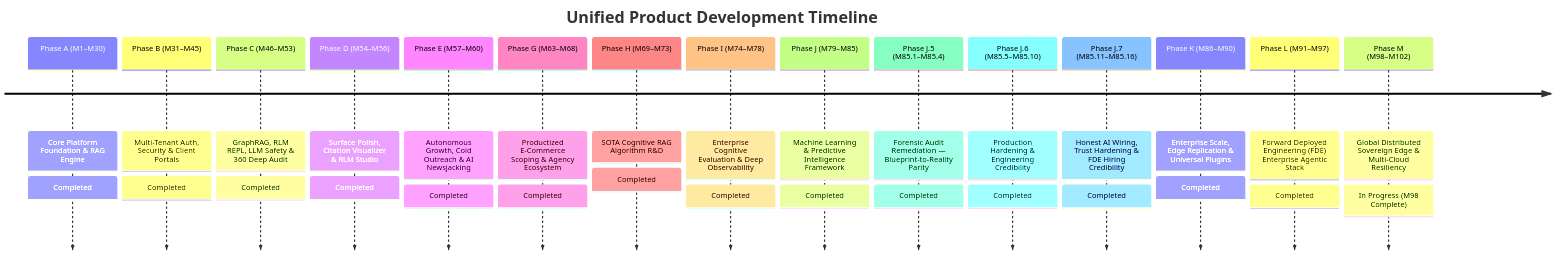
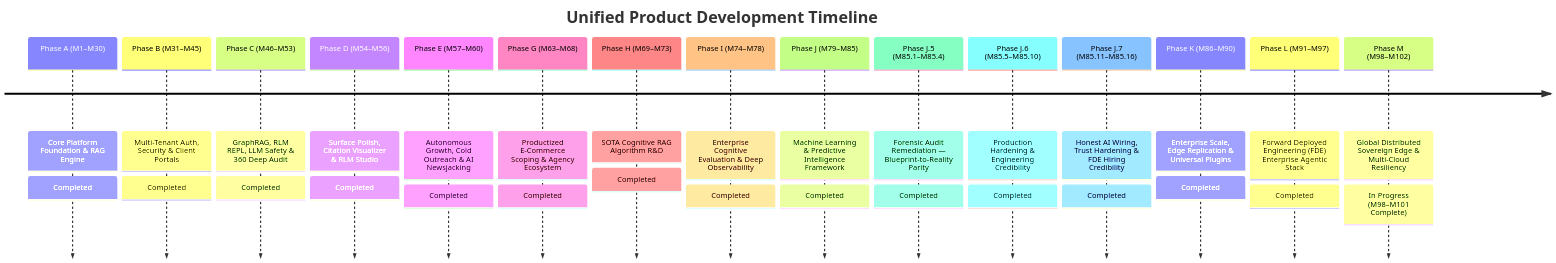
Before and after one commit to prat3010/Prateek_website: the diagram in docs/UNIFIED_MASTER_ROADMAP.md, drawn with Mermaid. The commit also changed other lines of this file and 1 other file, not shown here.

Commit message:
docs(adr): formalize ADRs 30-37 for Milestones 94-101 in 99_DECISIONS.md

````diff
--- a/docs/UNIFIED_MASTER_ROADMAP.md
+++ b/docs/UNIFIED_MASTER_ROADMAP.md
@@ -45,19 +45,19 @@
 ```mermaid
 timeline
     title Unified Product Development Timeline
     Phase A (M1–M30) : Core Platform Foundation & RAG Engine : Completed
     Phase B (M31–M45) : Multi-Tenant Auth, Security & Client Portals : Completed
     Phase C (M46–M53) : GraphRAG, RLM REPL, LLM Safety & 360 Deep Audit : Completed
     Phase D (M54–M56) : Surface Polish, Citation Visualizer & RLM Studio : Completed
     Phase E (M57–M60) : Autonomous Growth, Cold Outreach & AI Newsjacking : Completed
     Phase G (M63–M68) : Productized E-Commerce Scoping & Agency Ecosystem : Completed
     Phase H (M69–M73) : SOTA Cognitive RAG Algorithm R&D : Completed
     Phase I (M74–M78) : Enterprise Cognitive Evaluation & Deep Observability : Completed
     Phase J (M79–M85) : Machine Learning & Predictive Intelligence Framework : Completed
     Phase J.5 (M85.1–M85.4) : Forensic Audit Remediation — Blueprint-to-Reality Parity : Completed
     Phase J.6 (M85.5–M85.10) : Production Hardening & Engineering Credibility : Completed
     Phase J.7 (M85.11–M85.16) : Honest AI Wiring, Trust Hardening & FDE Hiring Credibility : Completed
     Phase K (M86–M90) : Enterprise Scale, Edge Replication & Universal Plugins : Completed
     Phase L (M91–M97) : Forward Deployed Engineering (FDE) Enterprise Agentic Stack : Completed
-    Phase M (M98–M102) : Global Distributed Sovereign Edge & Multi-Cloud Resiliency : In Progress (M98 Complete)
+    Phase M (M98–M102) : Global Distributed Sovereign Edge & Multi-Cloud Resiliency : In Progress (M98–M101 Complete)
 ```
````
